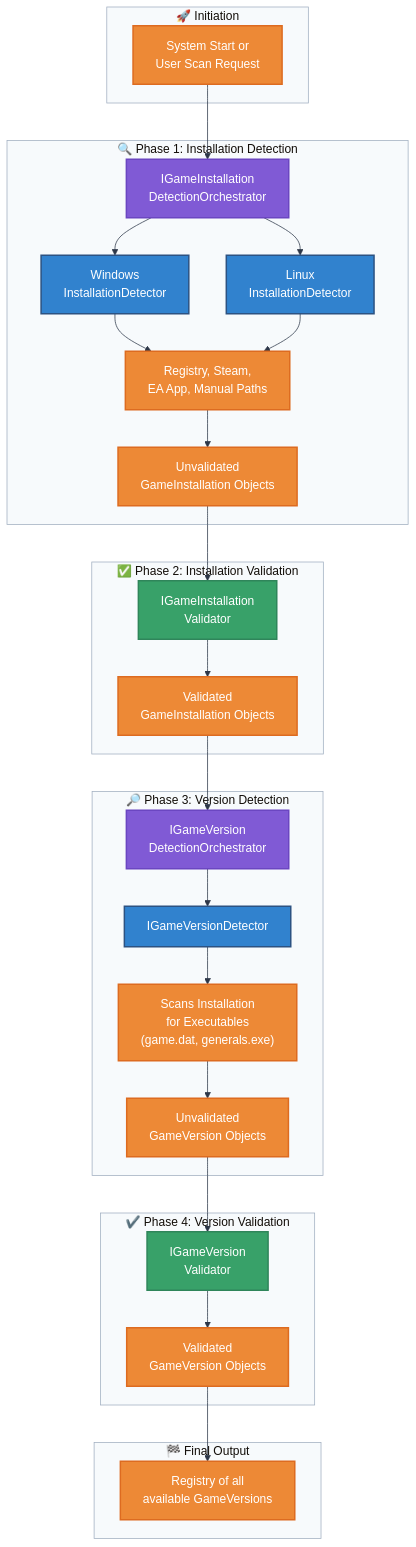
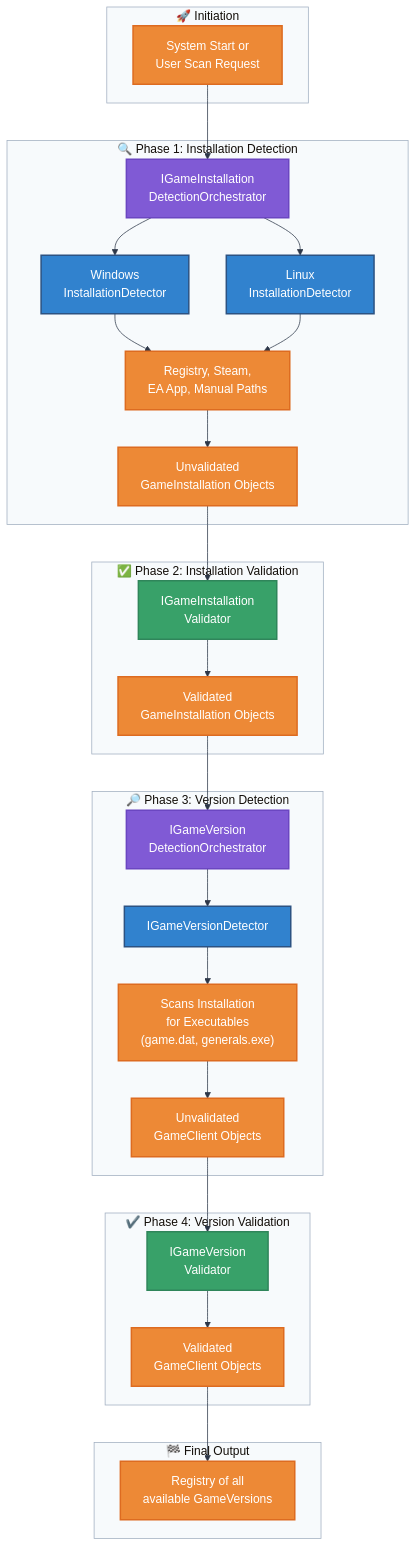
One commit to undead2146/GenHub changed the diagram in docs/FlowCharts/Detection-Flow.md. Above: the diagram before and after it, drawn with Mermaid. The commit also changed other lines of this file and 56 other files, not shown here.

Commit message:
refactor(gameclient): refactor any mention of `GameVersion` to `GameClient`

````diff
--- a/docs/FlowCharts/Detection-Flow.md
+++ b/docs/FlowCharts/Detection-Flow.md
@@ -5,81 +5,81 @@
 ```mermaid
 %%{init: {
   'theme': 'base',
   'themeVariables': {
     'primaryColor': '#e2e8f0',
     'primaryTextColor': '#1a202c',
     'primaryBorderColor': '#4a5568',
     'lineColor': '#2d3748',
     'secondaryColor': '#f7fafc',
     'tertiaryColor': '#edf2f7',
     'background': '#ffffff',
     'mainBkg': '#f7fafc',
     'secondBkg': '#edf2f7',
     'nodeBorder': '#4a5568',
     'clusterBkg': '#f7fafc',
     'clusterBorder': '#a0aec0',
     'edgeLabelBackground': '#ffffff'
   }
 }}%%
 
 graph TD
     subgraph Start ["🚀 Initiation"]
         A["System Start or<br/>User Scan Request"]
     end
 
     subgraph InstallationDetection ["🔍 Phase 1: Installation Detection"]
         B["IGameInstallation<br/>DetectionOrchestrator"]
         C1["Windows<br/>InstallationDetector"]
         C2["Linux<br/>InstallationDetector"]
         D["Registry, Steam,<br/>EA App, Manual Paths"]
         E["Unvalidated<br/>GameInstallation Objects"]
     end
 
     subgraph InstallationValidation ["✅ Phase 2: Installation Validation"]
         F["IGameInstallation<br/>Validator"]
         G["Validated<br/>GameInstallation Objects"]
     end
 
     subgraph VersionDetection ["🔎 Phase 3: Version Detection"]
         H["IGameVersion<br/>DetectionOrchestrator"]
         I["IGameVersionDetector"]
         J["Scans Installation<br/>for Executables<br/>(game.dat, generals.exe)"]
-        K["Unvalidated<br/>GameVersion Objects"]
+        K["Unvalidated<br/>GameClient Objects"]
     end
 
     subgraph VersionValidation ["✔️ Phase 4: Version Validation"]
         L["IGameVersion<br/>Validator"]
-        M["Validated<br/>GameVersion Objects"]
+        M["Validated<br/>GameClient Objects"]
     end
     
     subgraph FinalOutput ["🏁 Final Output"]
         N["Registry of all<br/>available GameVersions"]
     end
 
     A --> B
     B --> C1
     B --> C2
     C1 --> D
     C2 --> D
     D --> E
     E --> F
     F --> G
     
     G --> H
     H --> I
     I --> J
     J --> K
     K --> L
     L --> M
     M --> N
 
     classDef orchestrator fill:#805ad5,stroke:#6b46c1,stroke-width:2px,color:#ffffff
     classDef detector fill:#3182ce,stroke:#2c5282,stroke-width:2px,color:#ffffff
     classDef validator fill:#38a169,stroke:#2f855a,stroke-width:2px,color:#ffffff
     classDef data fill:#ed8936,stroke:#dd6b20,stroke-width:2px,color:#ffffff
 
     class B,H orchestrator
     class C1,C2,I detector
     class F,L validator
     class A,D,E,G,J,K,M,N data
 ```
````
